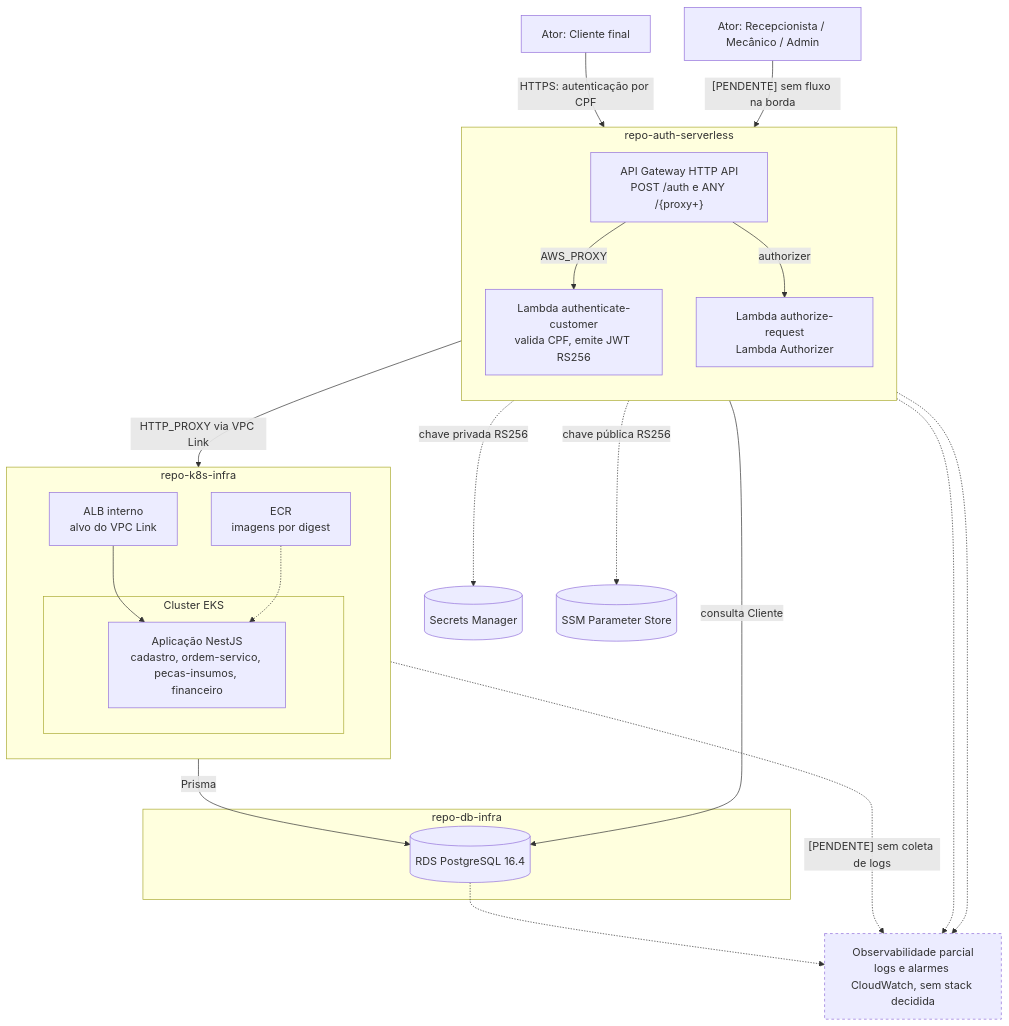
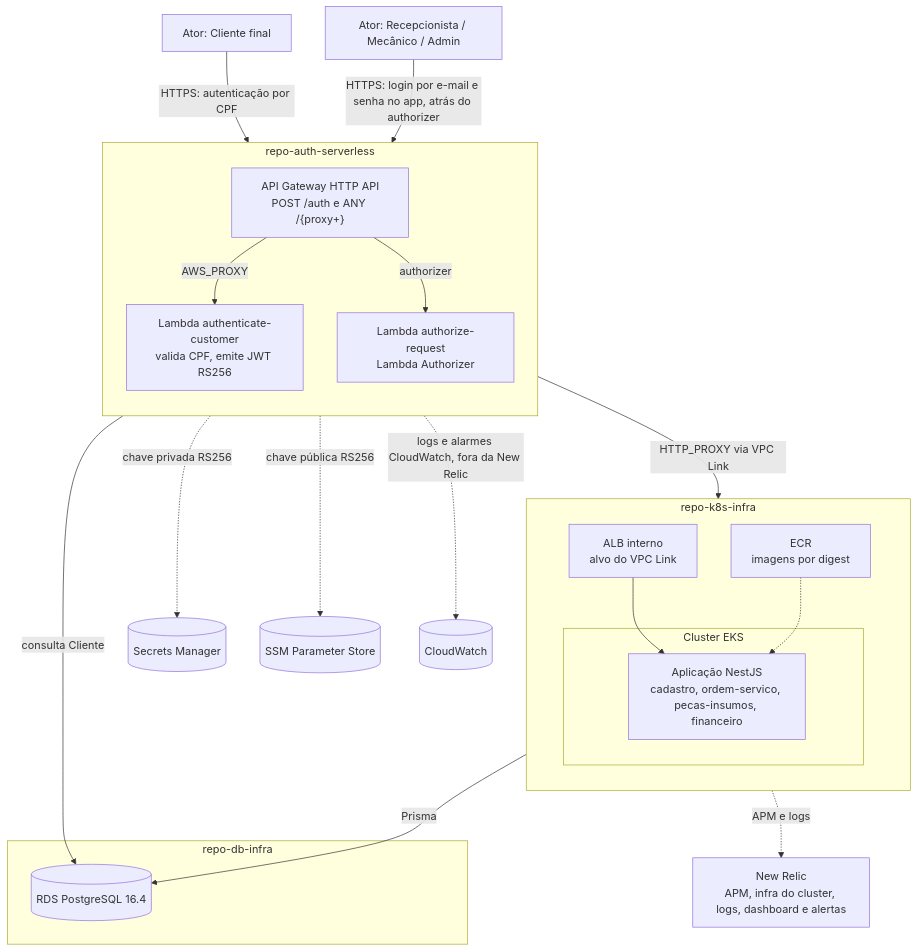
The first of 2 diagrams in docs/architecture/overview.md (Async-And-Furious/async-furious-project), drawn with Mermaid before and after one commit. The commit also changed other lines of this file and 10 other files, not shown here.

````diff
--- a/docs/architecture/overview.md
+++ b/docs/architecture/overview.md
@@ -36,47 +35,43 @@
 ```mermaid
 flowchart TB
     actor["Ator: Recepcionista / Mecânico / Admin"]
     customer["Ator: Cliente final"]
 
     subgraph GW["repo-auth-serverless"]
         direction TB
         apigw["API Gateway HTTP API<br/>POST /auth e ANY /{proxy+}"]
         authFn["Lambda authenticate-customer<br/>valida CPF, emite JWT RS256"]
         authzFn["Lambda authorize-request<br/>Lambda Authorizer"]
         apigw -->|AWS_PROXY| authFn
         apigw -->|authorizer| authzFn
     end
 
     subgraph K8S["repo-k8s-infra"]
         direction TB
         alb["ALB interno<br/>alvo do VPC Link"]
         subgraph EKS["Cluster EKS"]
             app["Aplicação NestJS<br/>cadastro, ordem-servico, pecas-insumos, financeiro"]
         end
         ecr["ECR<br/>imagens por digest"]
         alb --> app
         ecr -.-> app
     end
 
     subgraph DB["repo-db-infra"]
         rds[("RDS PostgreSQL 16.4")]
     end
 
-    obs["Observabilidade parcial<br/>logs e alarmes CloudWatch, sem stack decidida"]
+    obs["New Relic<br/>APM, infra do cluster, logs, dashboard e alertas"]
 
     customer -->|"HTTPS: autenticação por CPF"| apigw
-    actor -->|"[PENDENTE] sem fluxo na borda"| apigw
+    actor -->|"HTTPS: login por e-mail e senha no app, atrás do authorizer"| apigw
     apigw -->|"HTTP_PROXY via VPC Link"| alb
     app -->|Prisma| rds
     authFn -->|"consulta Cliente"| rds
     authFn -.->|"chave privada RS256"| secretsMgr[("Secrets Manager")]
     authzFn -.->|"chave pública RS256"| ssm[("SSM Parameter Store")]
 
-    authFn -.-> obs
-    authzFn -.-> obs
-    rds -.-> obs
-    app -.->|"[PENDENTE] sem coleta de logs"| obs
+    authFn -.->|"logs e alarmes CloudWatch, fora da New Relic"| cwLogs[("CloudWatch")]
+    app -.->|"APM e logs"| obs
 
-    classDef pendente stroke-dasharray: 4 4
-    class obs pendente
 ```
````
